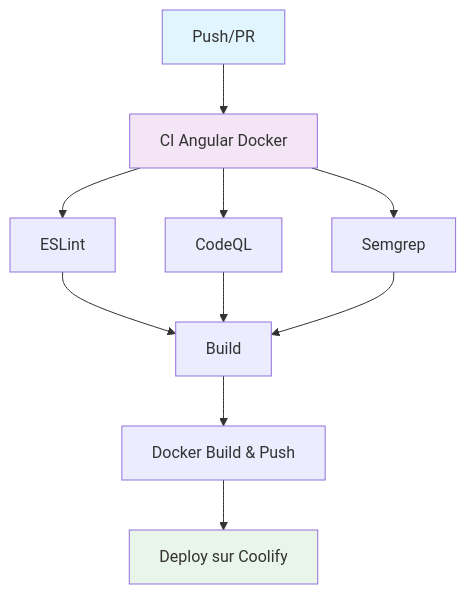
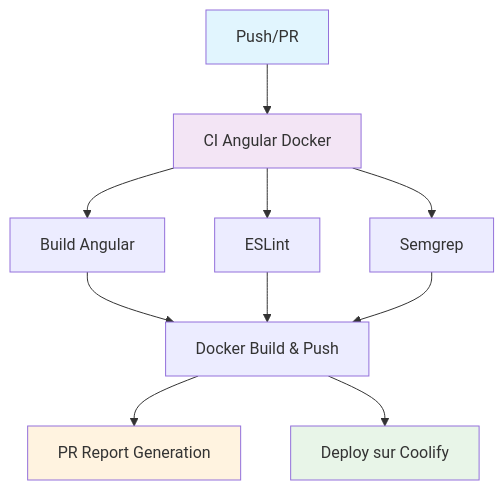
One commit to teamdivergentes/website_frontend changed the diagram in .github/workflows/VARIABLES.md. Above: the diagram before and after it, drawn with Mermaid. The commit also changed other lines of this file and 1 other file, not shown here.

````diff
--- a/.github/workflows/VARIABLES.md
+++ b/.github/workflows/VARIABLES.md
@@ -9,16 +9,17 @@
 ```mermaid
 graph TD
     A[Push/PR] --> B[CI Angular Docker]
-    B --> C[ESLint]
-    B --> D[CodeQL]
+    B --> C[Build Angular]
+    B --> D[ESLint]
     B --> E[Semgrep]
-    C --> F[Build]
+    C --> F[Docker Build & Push]
     D --> F
     E --> F
-    F --> G[Docker Build & Push]
-    G --> H[Deploy sur Coolify]
+    F --> G[PR Report Generation]
+    F --> H[Deploy sur Coolify]
     
     style A fill:#e1f5fe
     style B fill:#f3e5f5
+    style G fill:#fff3e0
     style H fill:#e8f5e8
 ```
````
